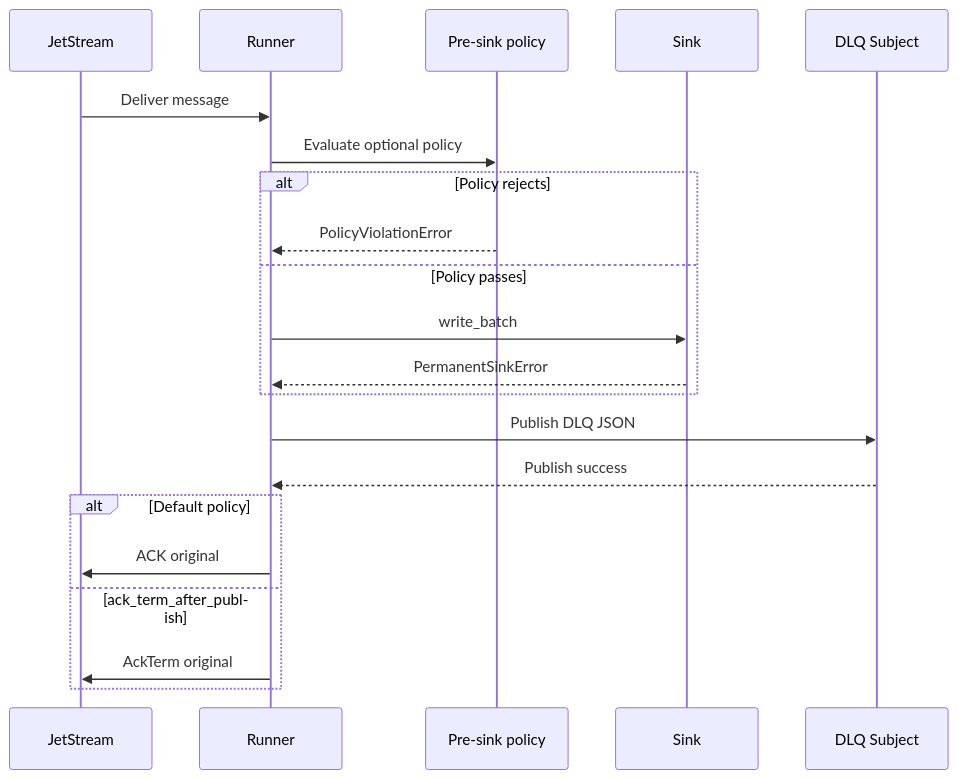
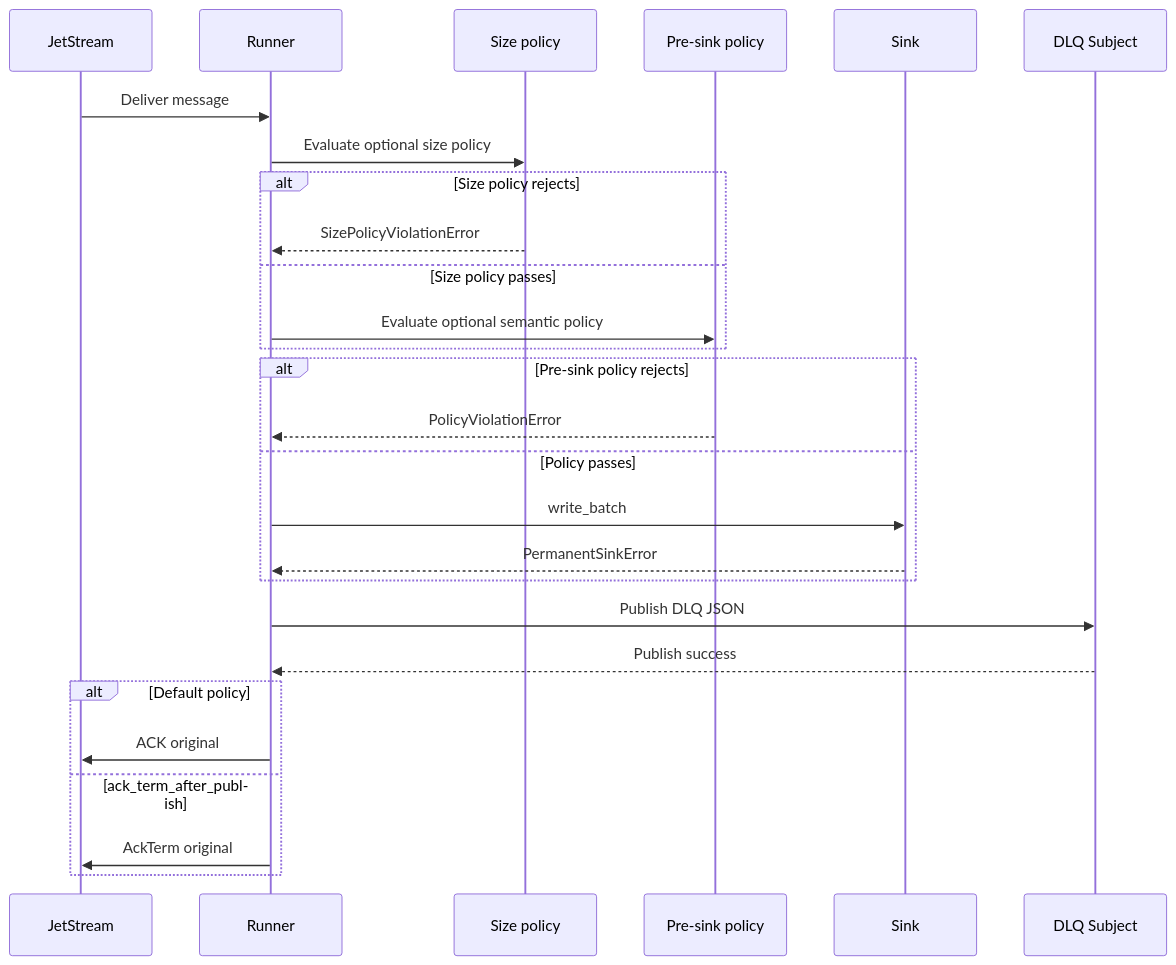
Before and after one commit to ProjectCuillin/nats-sinks: the diagram in docs/dead-letter-queues.md, drawn with Mermaid. The commit also changed other lines of this file and 87 other files, not shown here.

````diff
--- a/docs/dead-letter-queues.md
+++ b/docs/dead-letter-queues.md
@@ -55,24 +58,30 @@
 ```mermaid
 sequenceDiagram
     participant JS as JetStream
     participant R as Runner
+    participant Z as Size policy
     participant P as Pre-sink policy
     participant S as Sink
     participant Q as DLQ Subject
 
     JS->>R: Deliver message
-    R->>P: Evaluate optional policy
-    alt Policy rejects
+    R->>Z: Evaluate optional size policy
+    alt Size policy rejects
+        Z-->>R: SizePolicyViolationError
+    else Size policy passes
+        R->>P: Evaluate optional semantic policy
+    end
+    alt Pre-sink policy rejects
         P-->>R: PolicyViolationError
     else Policy passes
         R->>S: write_batch
         S-->>R: PermanentSinkError
     end
     R->>Q: Publish DLQ JSON
     Q-->>R: Publish success
     alt Default policy
         R->>JS: ACK original
     else ack_term_after_publish
         R->>JS: AckTerm original
     end
 ```
````
